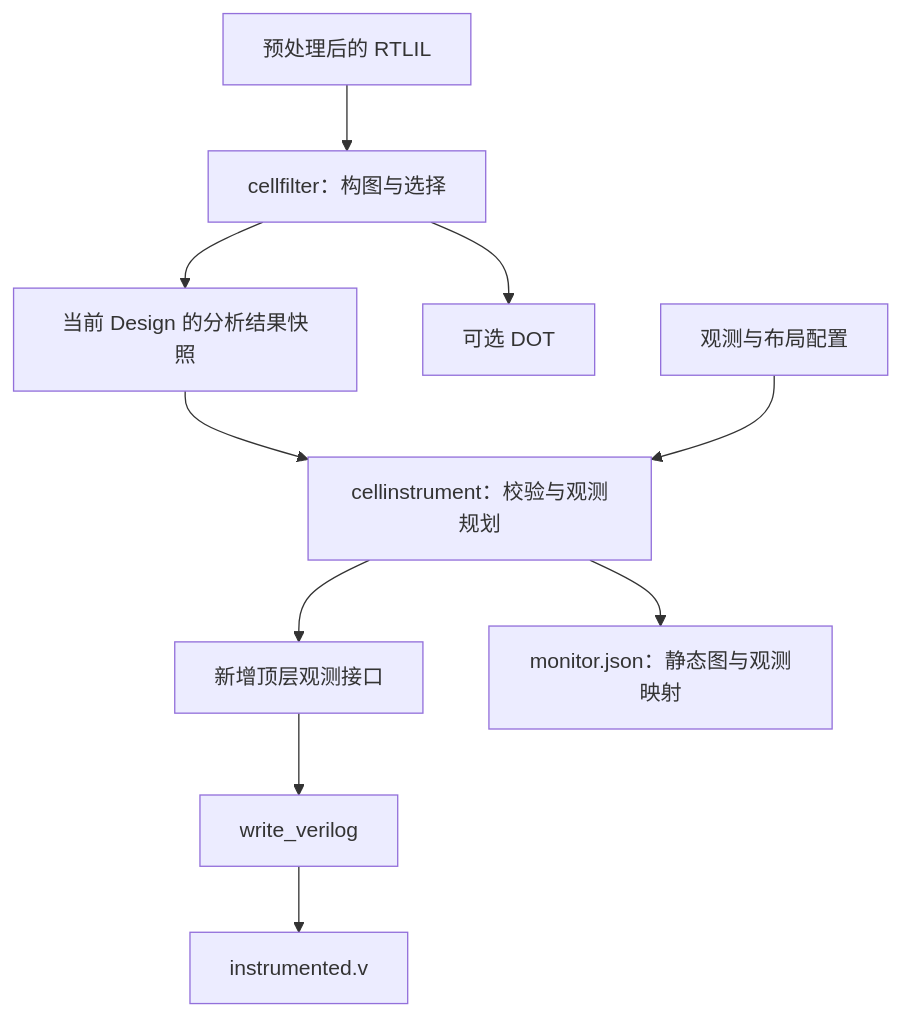
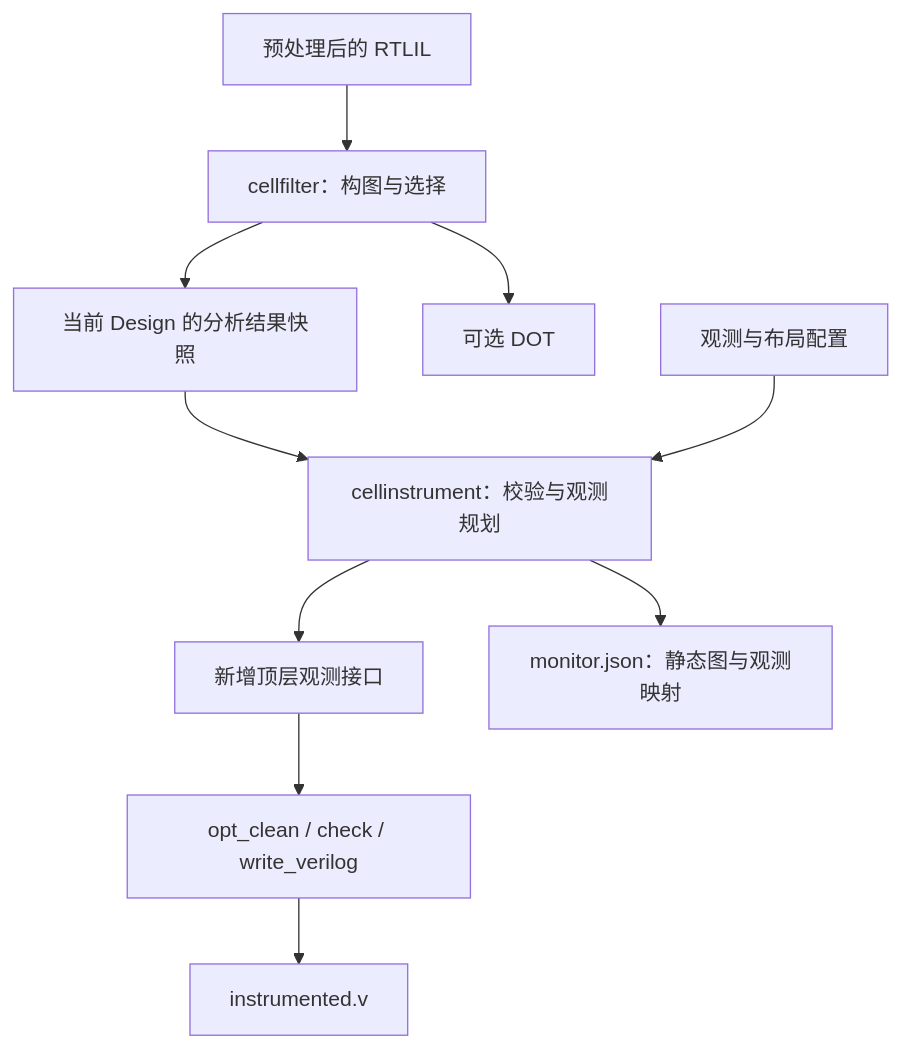
One commit to CellFuzz/yosys changed the diagram in docs/cellfuzz/InstrumentDesign.md. Above: the diagram before and after it, drawn with Mermaid. The commit also changed other lines of this file and 31 other files, not shown here.

````diff
--- a/docs/cellfuzz/InstrumentDesign.md
+++ b/docs/cellfuzz/InstrumentDesign.md
@@ -24,12 +24,12 @@
 ```mermaid
 flowchart TD
     A[预处理后的 RTLIL] --> B[cellfilter：构图与选择]
     B --> C[当前 Design 的分析结果快照]
     B --> DOT[可选 DOT]
     C --> D[cellinstrument：校验与观测规划]
     O[观测与布局配置] --> D
     D --> E[新增顶层观测接口]
     D --> F[monitor.json：静态图与观测映射]
-    E --> G[write_verilog]
+    E --> G[opt_clean / check / write_verilog]
     G --> H[instrumented.v]
 ```
````
